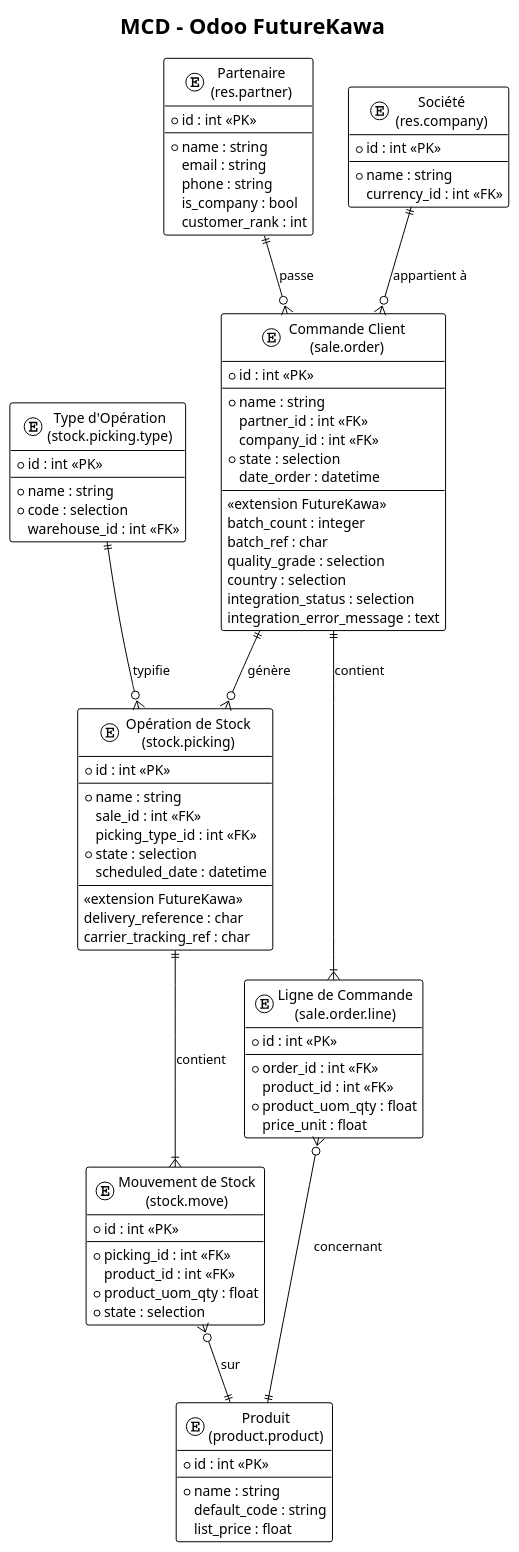
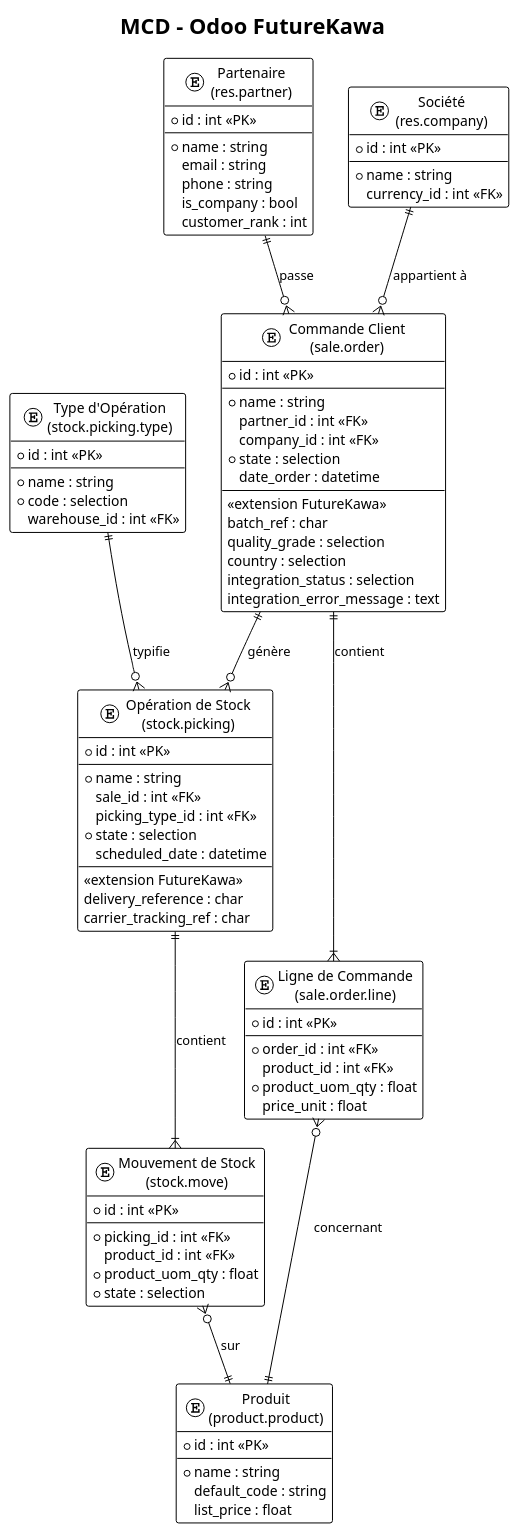
The diagram in Documentation/diagrammes/mcd_odoo.puml (FutureKawa-Nte-G2/FutureKawa), drawn with PlantUML before and after one commit. The commit also changed 9 other files, not shown here.

```diff
--- a/Documentation/diagrammes/mcd_odoo.puml
+++ b/Documentation/diagrammes/mcd_odoo.puml
@@ -1,100 +1,99 @@
 @startuml MCD_Odoo_FutureKawa
 
 !theme plain
 
 title MCD - Odoo FutureKawa
 
 entity "Commande Client\n(sale.order)" as SaleOrder {
   * id : int <<PK>>
   --
   * name : string
   partner_id : int <<FK>>
   company_id : int <<FK>>
   * state : selection
   date_order : datetime
   --
   <<extension FutureKawa>>
-  batch_count : integer
   batch_ref : char
   quality_grade : selection
   country : selection
   integration_status : selection
   integration_error_message : text
 }
 
 entity "Ligne de Commande\n(sale.order.line)" as SaleOrderLine {
   * id : int <<PK>>
   --
   * order_id : int <<FK>>
   product_id : int <<FK>>
   * product_uom_qty : float
   price_unit : float
 }
 
 entity "Partenaire\n(res.partner)" as ResPartner {
   * id : int <<PK>>
   --
   * name : string
   email : string
   phone : string
   is_company : bool
   customer_rank : int
 }
 
 entity "Société\n(res.company)" as ResCompany {
   * id : int <<PK>>
   --
   * name : string
   currency_id : int <<FK>>
 }
 
 entity "Opération de Stock\n(stock.picking)" as StockPicking {
   * id : int <<PK>>
   --
   * name : string
   sale_id : int <<FK>>
   picking_type_id : int <<FK>>
   * state : selection
   scheduled_date : datetime
   --
   <<extension FutureKawa>>
   delivery_reference : char
   carrier_tracking_ref : char
 }
 
 entity "Mouvement de Stock\n(stock.move)" as StockMove {
   * id : int <<PK>>
   --
   * picking_id : int <<FK>>
   product_id : int <<FK>>
   * product_uom_qty : float
   * state : selection
 }
 
 entity "Type d'Opération\n(stock.picking.type)" as StockPickingType {
   * id : int <<PK>>
   --
   * name : string
   * code : selection
   warehouse_id : int <<FK>>
 }
 
 entity "Produit\n(product.product)" as ProductProduct {
   * id : int <<PK>>
   --
   * name : string
   default_code : string
   list_price : float
 }
 
 ' Relations conceptuelles
 ResPartner ||--o{ SaleOrder : "passe"
 ResCompany ||--o{ SaleOrder : "appartient à"
 SaleOrder ||--|{ SaleOrderLine : "contient"
 SaleOrderLine }o--|| ProductProduct : "concernant"
 SaleOrder ||--o{ StockPicking : "génère"
 StockPickingType ||--o{ StockPicking : "typifie"
 StockPicking ||--|{ StockMove : "contient"
 StockMove }o--|| ProductProduct : "sur"
 
 @enduml
```
